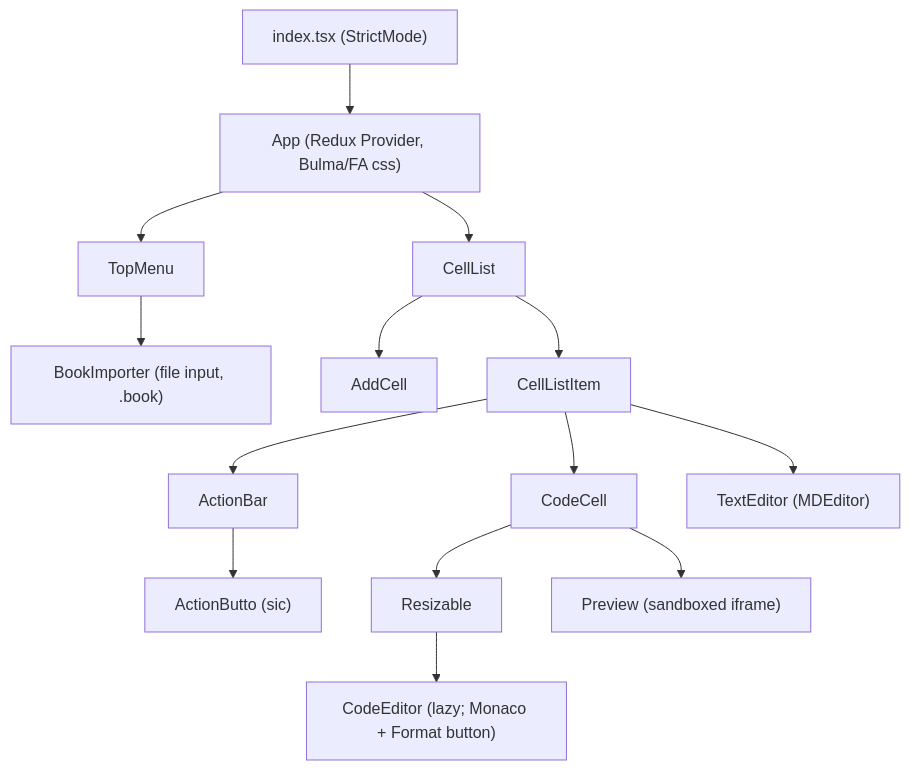
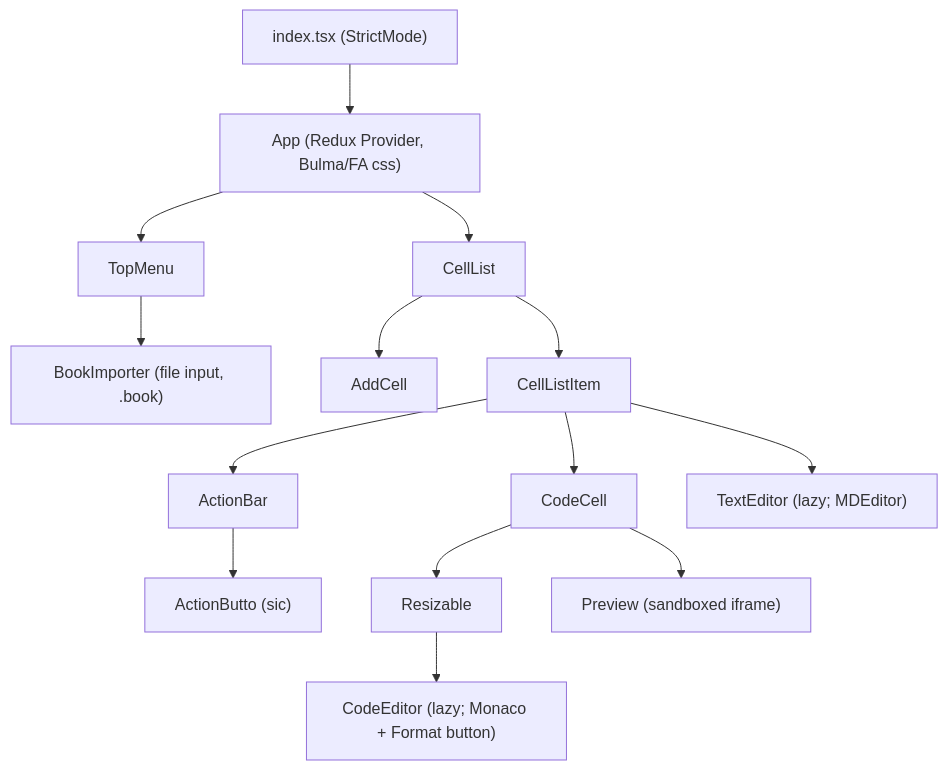
One commit to AnthonyFlowers/js-browser changed the first of 3 diagrams in docs/architecture.md. Above: the diagram before and after it, drawn with Mermaid. The commit also changed other lines of this file and 13 other files, not shown here.

Commit message:
JSB-020 Reduce bundle size: Monaco editor.api with selected contributions, lazy markdown, Prettier and streamsaver

````diff
--- a/docs/architecture.md
+++ b/docs/architecture.md
@@ -14,15 +14,15 @@
 ```mermaid
 graph TD
   index["index.tsx (StrictMode)"] --> App
   App["App (Redux Provider, Bulma/FA css)"] --> TopMenu
   App --> CellList
   TopMenu --> BookImporter["BookImporter (file input, .book)"]
   CellList --> AddCell
   CellList --> CellListItem
   CellListItem --> ActionBar --> ActionButto["ActionButto (sic)"]
   CellListItem --> CodeCell
-  CellListItem --> TextEditor["TextEditor (MDEditor)"]
+  CellListItem --> TextEditor["TextEditor (lazy; MDEditor)"]
   CodeCell --> Resizable
   Resizable --> CodeEditor["CodeEditor (lazy; Monaco + Format button)"]
   CodeCell --> Preview["Preview (sandboxed iframe)"]
 ```
````
